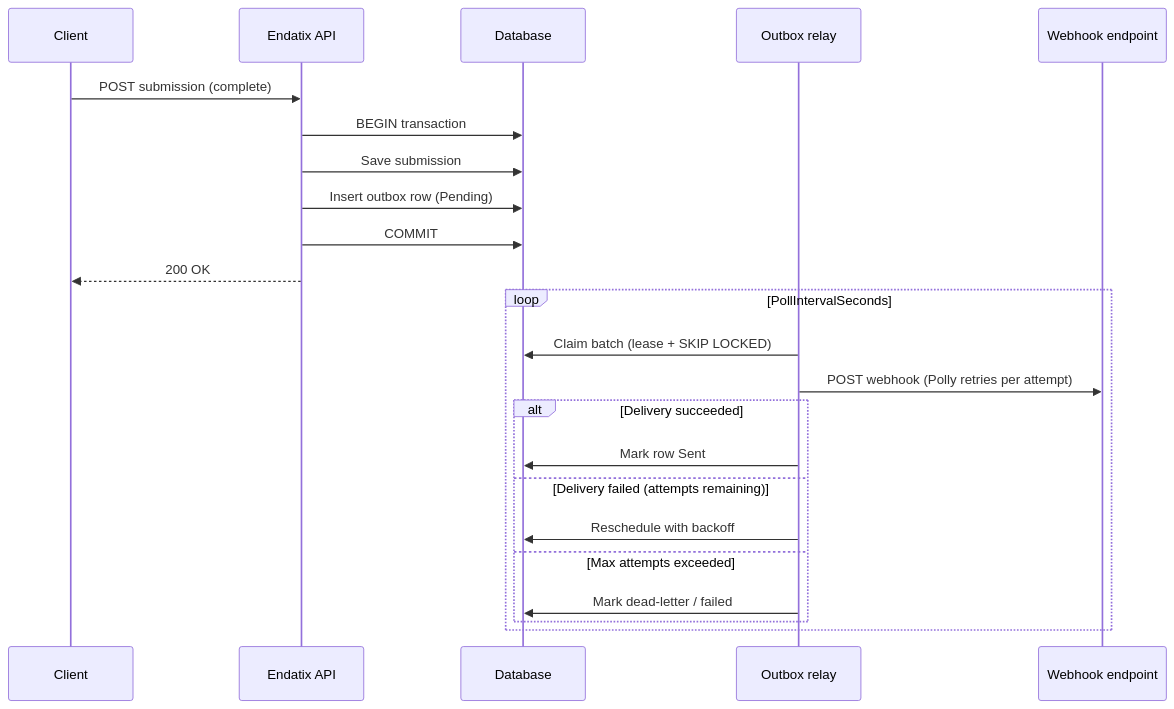
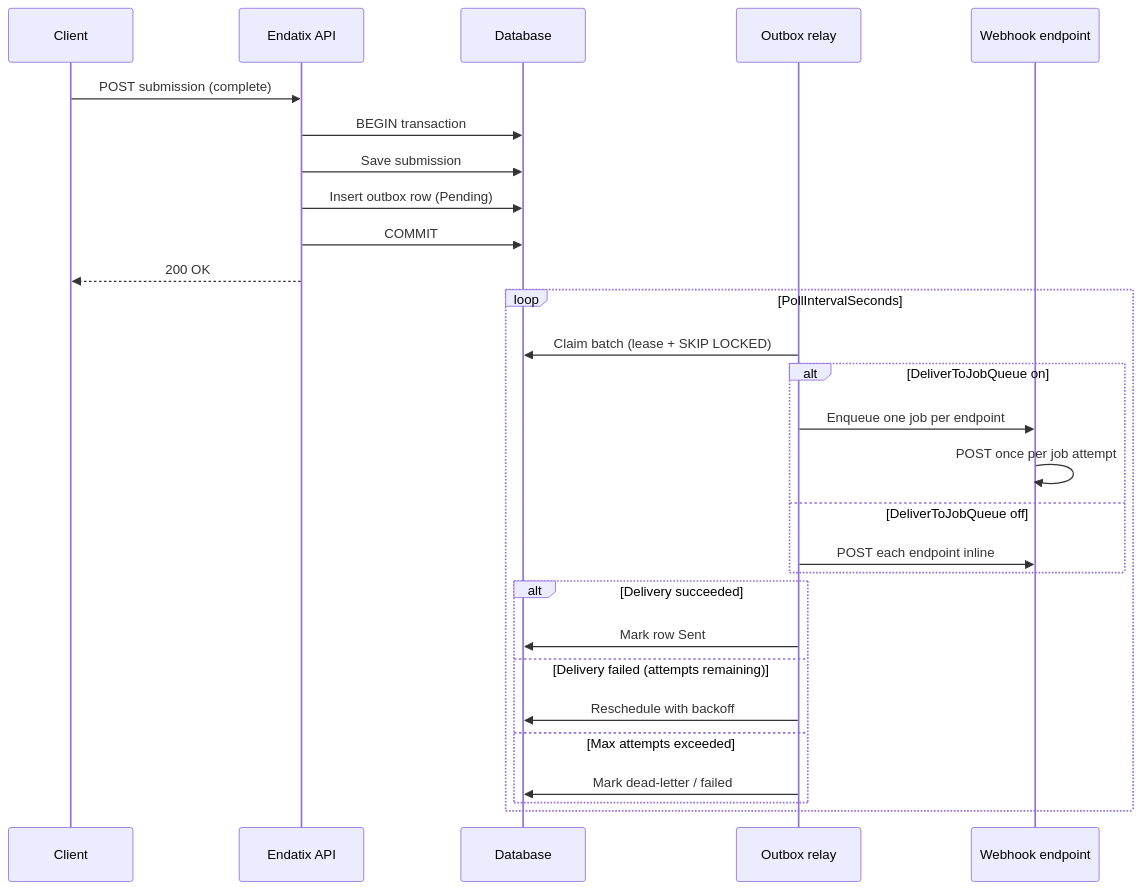
One commit to endatix/endatix changed the diagram in docs/endatix-docs/docs/configuration/background-processing.mdx. Above: the diagram before and after it, drawn with Mermaid. The commit also changed other lines of this file and 35 other files, not shown here.

````diff
--- a/docs/endatix-docs/docs/configuration/background-processing.mdx
+++ b/docs/endatix-docs/docs/configuration/background-processing.mdx
@@ -40,27 +40,32 @@
 ```mermaid
 sequenceDiagram
     participant Client
     participant API as Endatix API
     participant DB as Database
     participant Relay as Outbox relay
     participant WH as Webhook endpoint
 
     Client->>API: POST submission (complete)
     API->>DB: BEGIN transaction
     API->>DB: Save submission
     API->>DB: Insert outbox row (Pending)
     API->>DB: COMMIT
     API-->>Client: 200 OK
 
     loop PollIntervalSeconds
         Relay->>DB: Claim batch (lease + SKIP LOCKED)
-        Relay->>WH: POST webhook (Polly retries per attempt)
+        alt DeliverToJobQueue on
+            Relay->>WH: Enqueue one job per endpoint
+            WH->>WH: POST once per job attempt
+        else DeliverToJobQueue off
+            Relay->>WH: POST each endpoint inline
+        end
         alt Delivery succeeded
             Relay->>DB: Mark row Sent
         else Delivery failed (attempts remaining)
             Relay->>DB: Reschedule with backoff
         else Max attempts exceeded
             Relay->>DB: Mark dead-letter / failed
         end
     end
 ```
````
